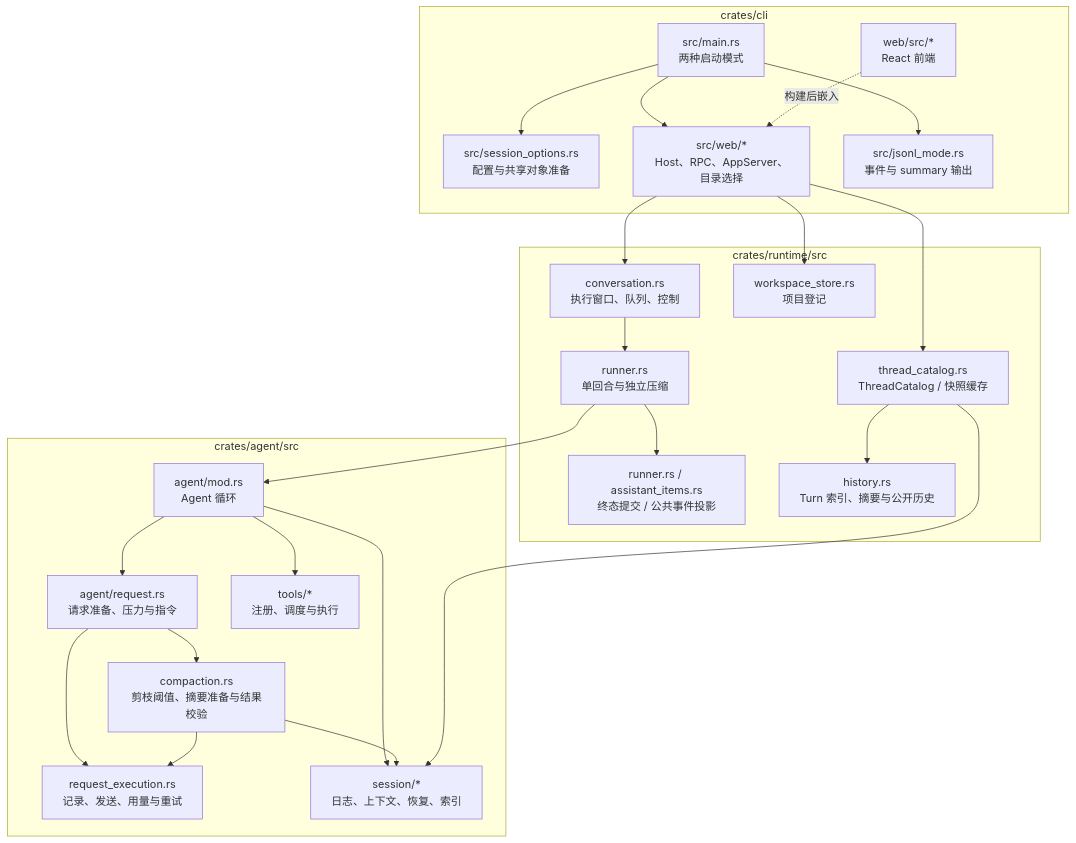
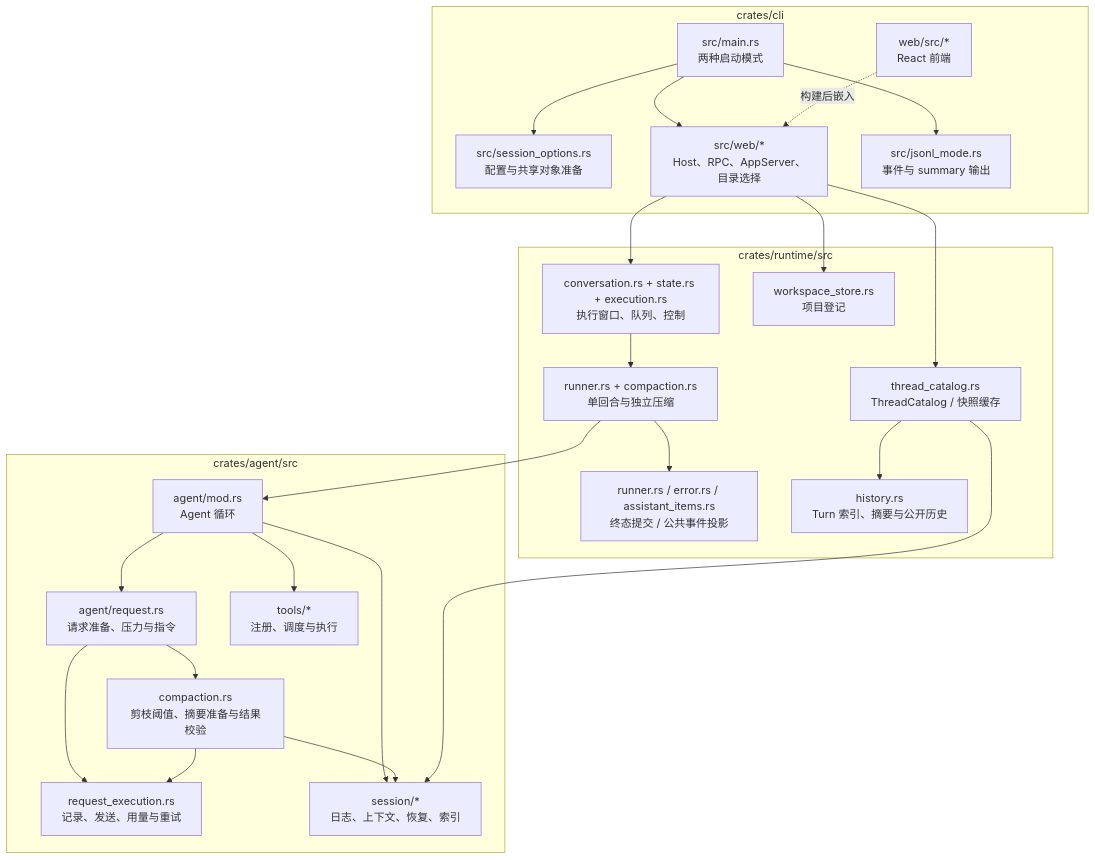
Before and after one commit to qjcnmd/singularity-agent: the third of 29 diagrams in docs/architecture.md, drawn with Mermaid. The commit also changed other lines of this file and 63 other files, not shown here.

````diff
--- a/docs/architecture.md
+++ b/docs/architecture.md
@@ -73,29 +73,29 @@
 ```mermaid
 flowchart TB
     subgraph CliSource["crates/cli"]
         Main["src/main.rs<br/>两种启动模式"] --> Setup["src/session_options.rs<br/>配置与共享对象准备"]
         Main --> Web["src/web/*<br/>Host、RPC、AppServer、目录选择"]
         Main --> JSONL["src/jsonl_mode.rs<br/>事件与 summary 输出"]
         Front["web/src/*<br/>React 前端"] -. "构建后嵌入" .-> Web
     end
     subgraph RuntimeSource["crates/runtime/src"]
-        Conv["conversation.rs<br/>执行窗口、队列、控制"] --> Run["runner.rs<br/>单回合与独立压缩"]
-        Run --> Terminal["runner.rs / assistant_items.rs<br/>终态提交 / 公共事件投影"]
+        Conv["conversation.rs + state.rs + execution.rs<br/>执行窗口、队列、控制"] --> Run["runner.rs + compaction.rs<br/>单回合与独立压缩"]
+        Run --> Terminal["runner.rs / error.rs / assistant_items.rs<br/>终态提交 / 公共事件投影"]
         Catalog["thread_catalog.rs<br/>ThreadCatalog / 快照缓存"] --> History["history.rs<br/>Turn 索引、摘要与公开历史"]
         WS["workspace_store.rs<br/>项目登记"]
     end
     subgraph AgentSource["crates/agent/src"]
         Loop["agent/mod.rs<br/>Agent 循环"] --> Requests["agent/request.rs<br/>请求准备、压力与指令"]
         Loop --> Tool["tools/*<br/>注册、调度与执行"]
         Requests --> Compact["compaction.rs<br/>剪枝阈值、摘要准备与结果校验"]
         Requests --> Execute["request_execution.rs<br/>记录、发送、用量与重试"]
         Compact --> Execute
         Loop --> Sessions["session/*<br/>日志、上下文、恢复、索引"]
         Compact --> Sessions
     end
     Web --> Conv
     Web --> Catalog
     Web --> WS
     Run --> Loop
     Catalog --> Sessions
 ```
````
